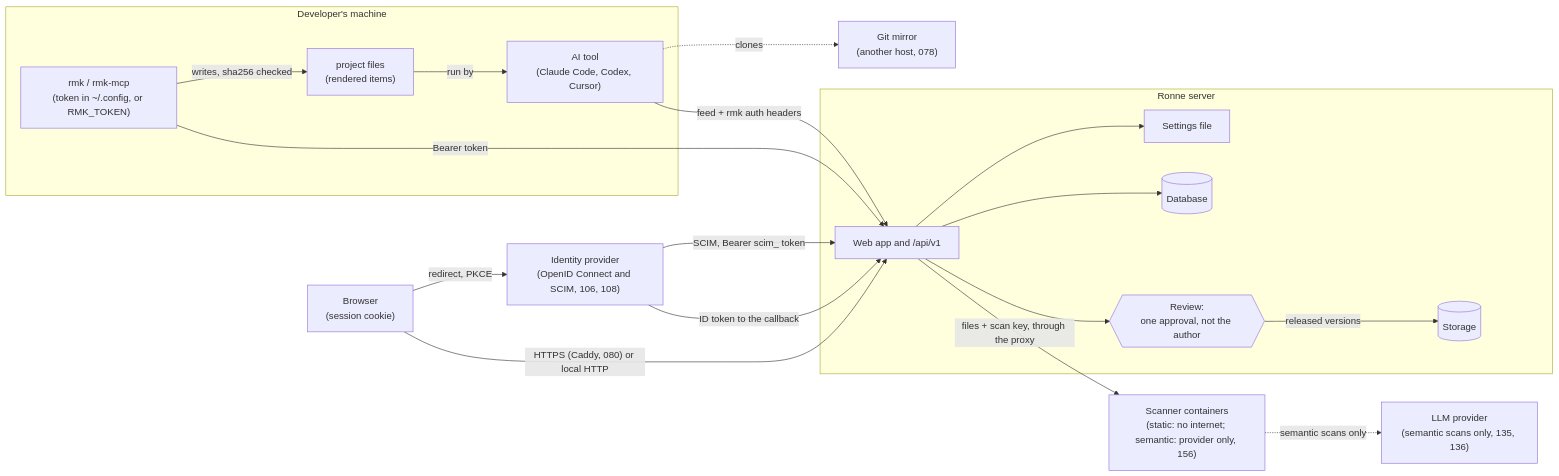
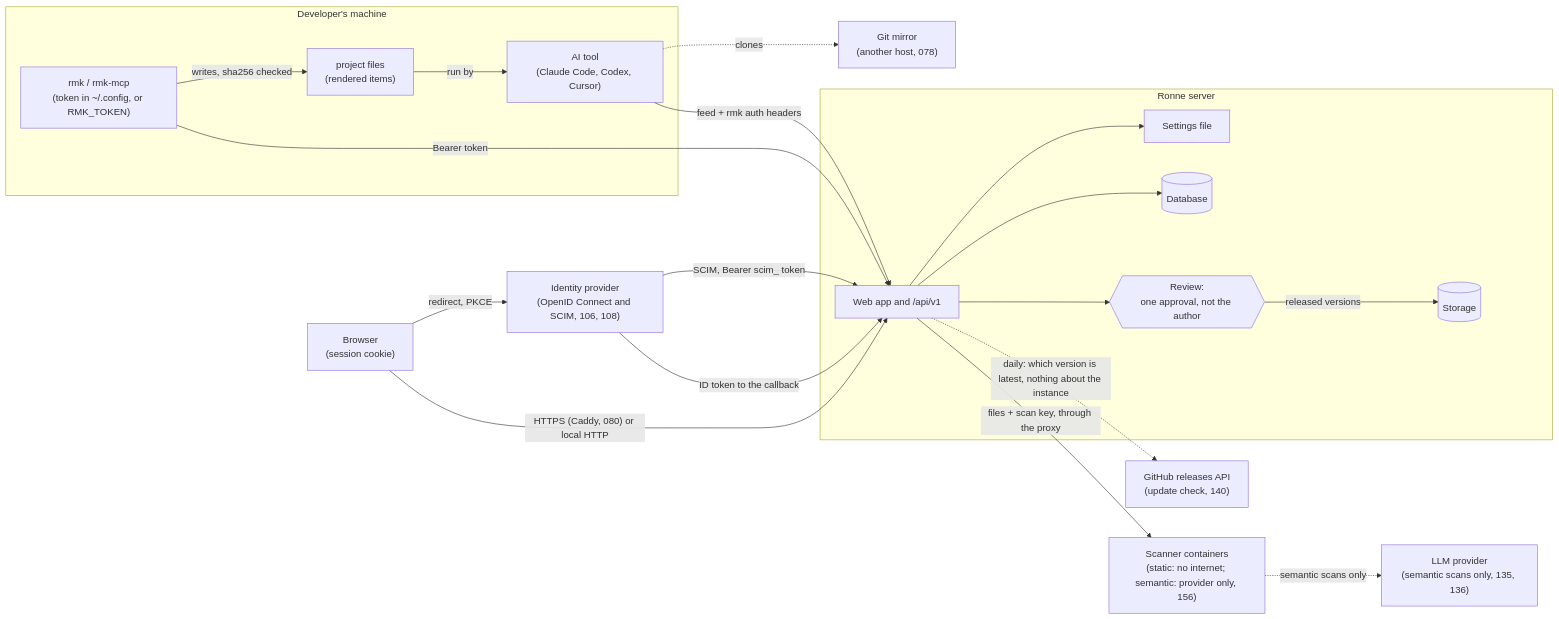
The diagram in docs/security/threat-model.md (ronneai/ronne-marketplace), drawn with Mermaid before and after one commit. The commit also changed other lines of this file, not shown here.

````diff
--- a/docs/security/threat-model.md
+++ b/docs/security/threat-model.md
@@ -62,36 +63,38 @@
 ```mermaid
 flowchart LR
   subgraph Dev["Developer's machine"]
     AI["AI tool<br/>(Claude Code, Codex, Cursor)"]
     RMK["rmk / rmk-mcp<br/>(token in ~/.config, or RMK_TOKEN)"]
     Files["project files<br/>(rendered items)"]
   end
   Browser["Browser<br/>(session cookie)"]
   subgraph Server["Ronne server"]
     Web["Web app and /api/v1"]
     Review{{"Review:<br/>one approval, not the author"}}
     DB[("Database")]
     Store[("Storage")]
     Env["Settings file"]
   end
   Mirror["Git mirror<br/>(another host, 078)"]
   Scanners["Scanner containers<br/>(static: no internet; semantic: provider only, 156)"]
   LLM["LLM provider<br/>(semantic scans only, 135, 136)"]
   IdP["Identity provider<br/>(OpenID Connect and SCIM, 106, 108)"]
+  GitHub["GitHub releases API<br/>(update check, 140)"]
 
   Browser -- "HTTPS (Caddy, 080) or local HTTP" --> Web
   RMK -- "Bearer token" --> Web
   AI -- "feed + rmk auth headers" --> Web
   AI -. "clones" .-> Mirror
   Browser -- "redirect, PKCE" --> IdP
   IdP -- "ID token to the callback" --> Web
   IdP -- "SCIM, Bearer scim_ token" --> Web
   RMK -- "writes, sha256 checked" --> Files
   Files -- "run by" --> AI
   Web -- "files + scan key, through the proxy" --> Scanners
   Scanners -. "semantic scans only" .-> LLM
+  Web -. "daily: which version is latest, nothing about the instance" .-> GitHub
   Web --> Review
   Review -- "released versions" --> Store
   Web --> DB
   Web --> Env
 ```
````
